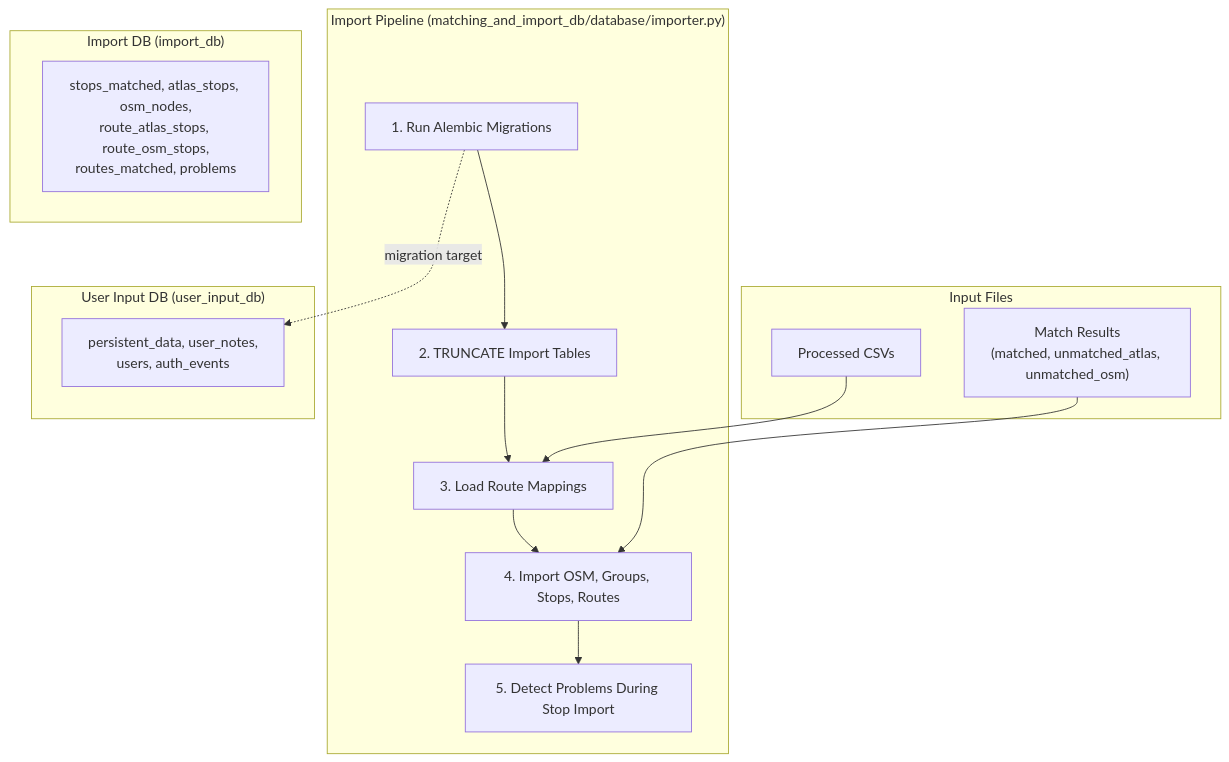
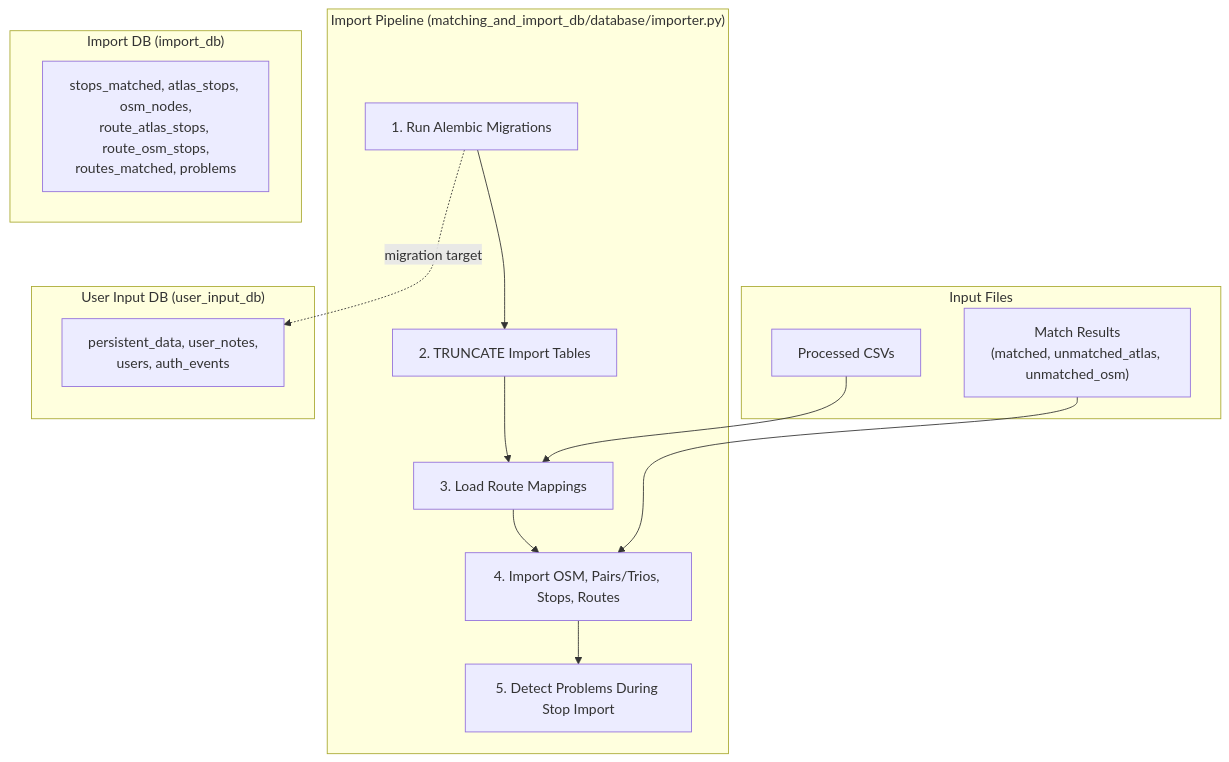
One commit to openTdataCH/stop_sync_osm_atlas changed the diagram in documentation/4.2 Import Process.md. Above: the diagram before and after it, drawn with Mermaid. The commit also changed other lines of this file and 34 other files, not shown here.

Commit message:
osm trio and first version routes pages

````diff
--- a/documentation/4.2 Import Process.md
+++ b/documentation/4.2 Import Process.md
@@ -7,28 +7,28 @@
 ```mermaid
 flowchart TB
     subgraph Input["Input Files"]
         CSV["Processed CSVs"]
         Match["Match Results<br/>(matched, unmatched_atlas, unmatched_osm)"]
     end
     
     subgraph Import["Import Pipeline (matching_and_import_db/database/importer.py)"]
         M["1. Run Alembic Migrations"]
         C["2. TRUNCATE Import Tables"]
         R["3. Load Route Mappings"]
-        I["4. Import OSM, Groups, Stops, Routes"]
+        I["4. Import OSM, Pairs/Trios, Stops, Routes"]
         P["5. Detect Problems During Stop Import"]
         M --> C --> R --> I --> P
     end
     
     subgraph ImportDB["Import DB (import_db)"]
         Op["stops_matched, atlas_stops, osm_nodes,<br/>route_atlas_stops, route_osm_stops,<br/>routes_matched, problems"]
     end
     
     subgraph UserDB["User Input DB (user_input_db)"]
         Per["persistent_data, user_notes,<br/>users, auth_events"]
     end
     
     CSV --> R
     Match --> I
     M -. migration target .-> Per
 ```
````
